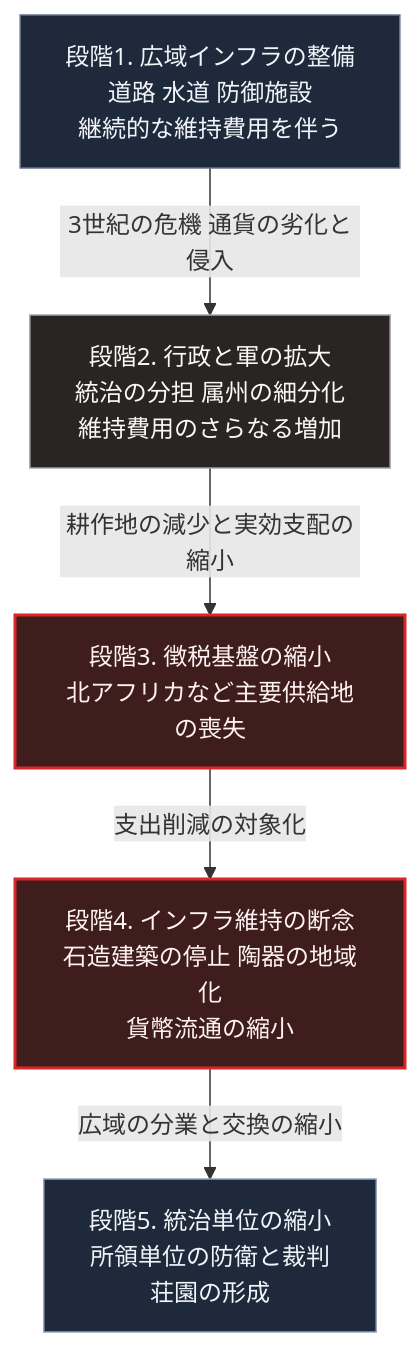
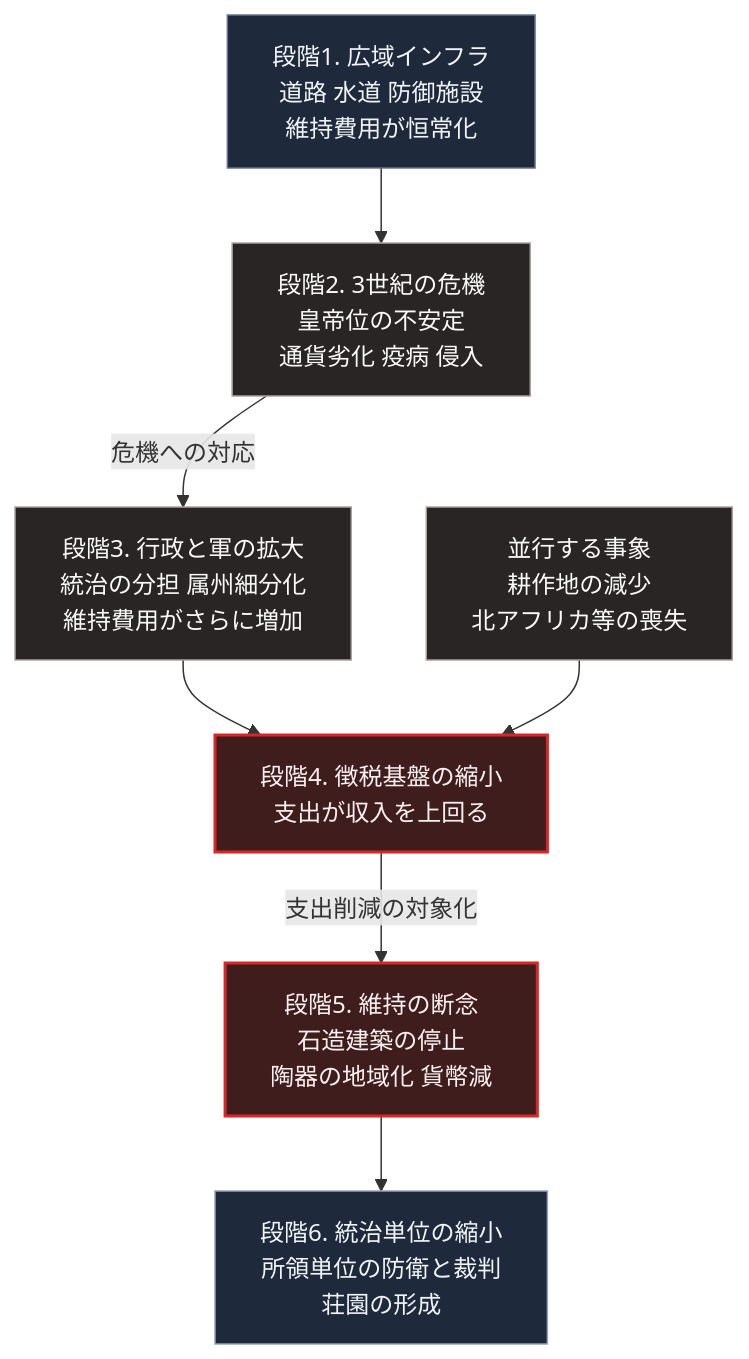
Before and after one commit to Takenori-Kusaka/zenn-content: the diagram in books/sovereign-resilience-blueprint/03_roman-infrastructure-collapse.md, drawn with Mermaid. The commit also changed other lines of this file and 114 other files, not shown here.

````diff
--- a/books/sovereign-resilience-blueprint/03_roman-infrastructure-collapse.md
+++ b/books/sovereign-resilience-blueprint/03_roman-infrastructure-collapse.md
@@ -97,14 +97,19 @@
 ```mermaid
 flowchart TD
-    A[段階1. 広域インフラの整備<br>道路 水道 防御施設<br>継続的な維持費用を伴う]
-    A -->|3世紀の危機 通貨の劣化と侵入| B[段階2. 行政と軍の拡大<br>統治の分担 属州の細分化<br>維持費用のさらなる増加]
-    B -->|耕作地の減少と実効支配の縮小| C[段階3. 徴税基盤の縮小<br>北アフリカなど主要供給地の喪失]
-    C -->|支出削減の対象化| D[段階4. インフラ維持の断念<br>石造建築の停止 陶器の地域化<br>貨幣流通の縮小]
-    D -->|広域の分業と交換の縮小| E[段階5. 統治単位の縮小<br>所領単位の防衛と裁判<br>荘園の形成]
+    A[段階1. 広域インフラ<br>道路 水道 防御施設<br>維持費用が恒常化]
+    A --> B[段階2. 3世紀の危機<br>皇帝位の不安定<br>通貨劣化 疫病 侵入]
+    B -->|危機への対応| C[段階3. 行政と軍の拡大<br>統治の分担 属州細分化<br>維持費用がさらに増加]
+    B ~~~ X[並行する事象<br>耕作地の減少<br>北アフリカ等の喪失]
+    C --> D[段階4. 徴税基盤の縮小<br>支出が収入を上回る]
+    X --> D
+    D -->|支出削減の対象化| E[段階5. 維持の断念<br>石造建築の停止<br>陶器の地域化 貨幣減]
+    E --> F[段階6. 統治単位の縮小<br>所領単位の防衛と裁判<br>荘園の形成]
 
     style A fill:#1e293b,stroke:#64748b,color:#f1f5f9
     style B fill:#292524,stroke:#a8a29e,color:#fafaf9
-    style C fill:#3f1d1d,stroke:#dc2626,stroke-width:2px,color:#fef2f2
+    style C fill:#292524,stroke:#a8a29e,color:#fafaf9
+    style X fill:#292524,stroke:#a8a29e,color:#fafaf9
     style D fill:#3f1d1d,stroke:#dc2626,stroke-width:2px,color:#fef2f2
-    style E fill:#1e293b,stroke:#94a3b8,color:#f1f5f9
+    style E fill:#3f1d1d,stroke:#dc2626,stroke-width:2px,color:#fef2f2
+    style F fill:#1e293b,stroke:#94a3b8,color:#f1f5f9
 ```
````
